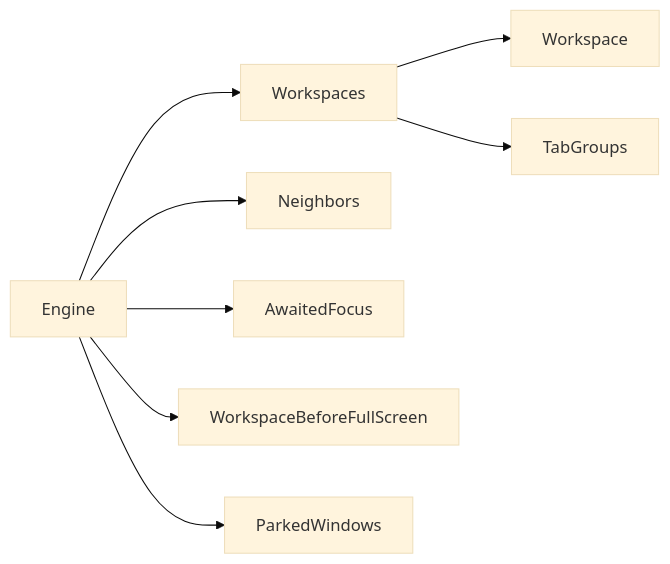
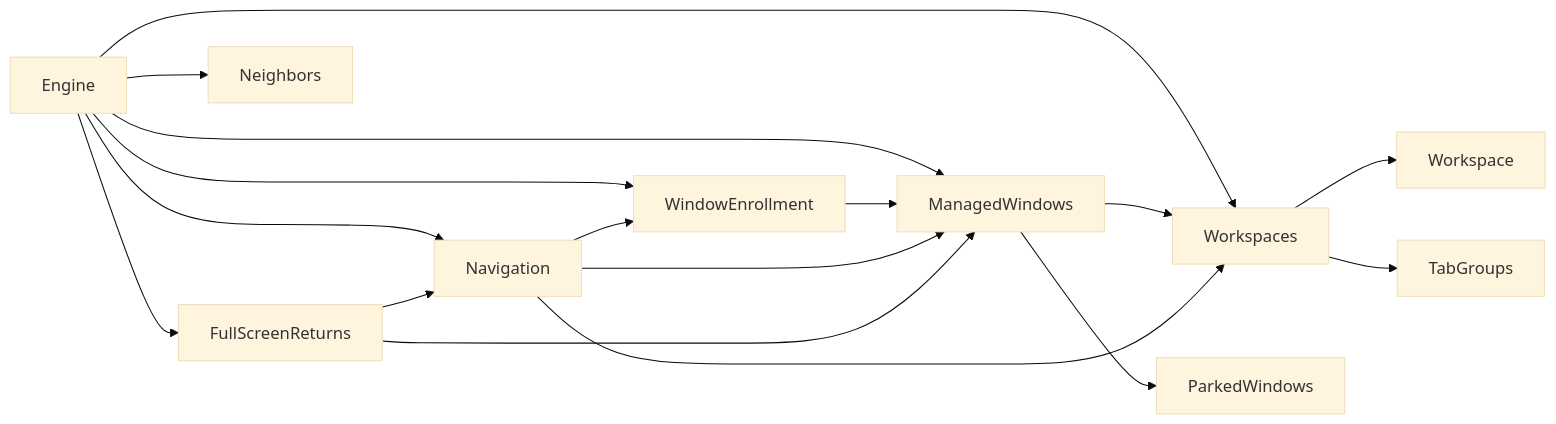
The fourth of 18 diagrams in ARCHITECTURE.md (brennovich/ottowm), drawn with Mermaid (base theme) before and after one commit. The commit also changed other lines of this file and 23 other files, not shown here.

````diff
--- a/ARCHITECTURE.md
+++ b/ARCHITECTURE.md
@@ -120,10 +122,19 @@
 ```mermaid
 flowchart LR
+    Engine --> ManagedWindows
+    Engine --> WindowEnrollment
+    Engine --> Navigation
+    Engine --> FullScreenReturns
     Engine --> Workspaces
     Engine --> Neighbors
-    Engine --> AwaitedFocus
-    Engine --> WorkspaceBeforeFullScreen
-    Engine --> ParkedWindows
+    WindowEnrollment --> ManagedWindows
+    Navigation --> WindowEnrollment
+    Navigation --> ManagedWindows
+    FullScreenReturns --> Navigation
+    FullScreenReturns --> ManagedWindows
+    ManagedWindows --> Workspaces
+    ManagedWindows --> ParkedWindows
+    Navigation --> Workspaces
     Workspaces --> Workspace
     Workspaces --> TabGroups
 ```
````
